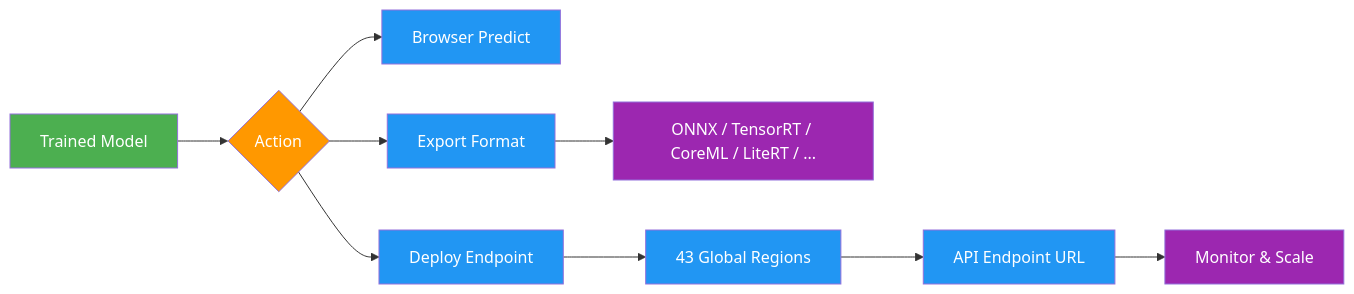
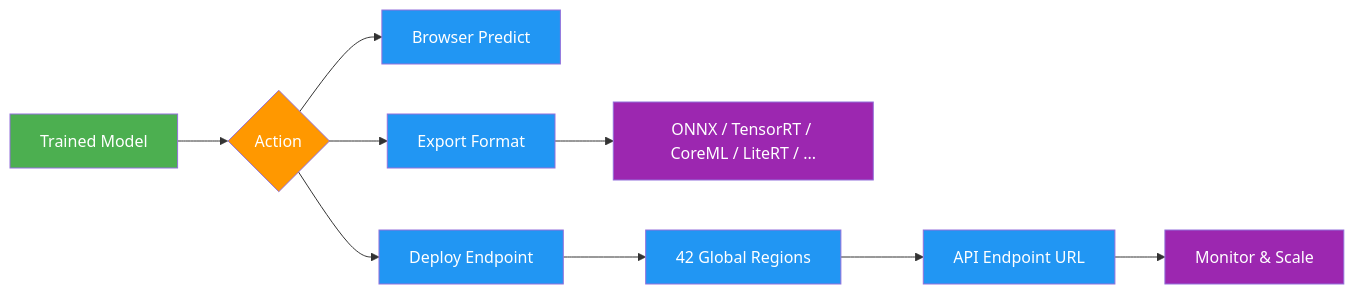
Before and after one commit to Dadalia1917/Yolo-RT-DETR-TrainCode: the third of 3 diagrams in docs/en/platform/index.md, drawn with Mermaid. The commit also changed other lines of this file and 288 other files, not shown here.

````diff
--- a/docs/en/platform/index.md
+++ b/docs/en/platform/index.md
@@ -173,16 +174,16 @@
 ```mermaid
 graph LR
     A[Trained Model]:::start --> B{Action}:::decide
     B --> C[Browser Predict]:::proc
     B --> D[Export Format]:::proc
     B --> E[Deploy Endpoint]:::proc
     D --> F[ONNX / TensorRT / CoreML / LiteRT / ...]:::out
-    E --> G[43 Global Regions]:::proc
+    E --> G[42 Global Regions]:::proc
     G --> H[API Endpoint URL]:::proc
     H --> I[Monitor & Scale]:::out
 
     classDef start fill:#4CAF50,color:#fff
     classDef proc fill:#2196F3,color:#fff
     classDef decide fill:#FF9800,color:#fff
     classDef out fill:#9C27B0,color:#fff
 ```
````
